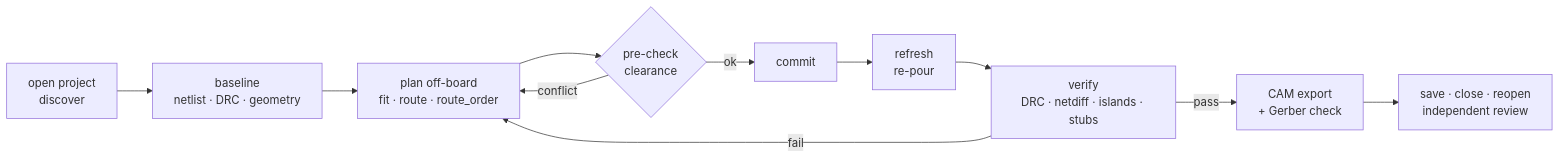
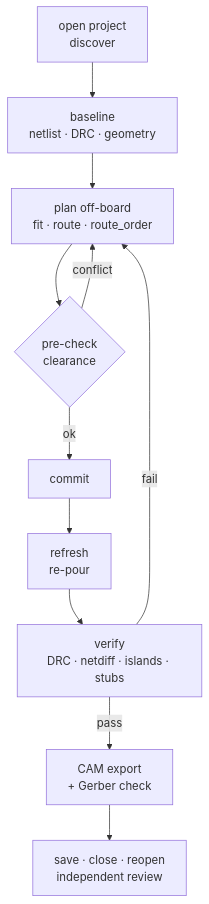
The diagram in README.md (v0id-byte/lceda-pcb-automation), drawn with Mermaid before and after one commit. The commit also changed 1 other file, not shown here.

Commit message:
README: top-down workflow diagram

````diff
--- a/README.md
+++ b/README.md
@@ -56,13 +56,13 @@
 ```mermaid
-flowchart LR
+flowchart TD
     A[open project<br/>discover] --> B[baseline<br/>netlist · DRC · geometry]
     B --> C[plan off-board<br/>fit · route · route_order]
     C --> D{pre-check<br/>clearance}
     D -- conflict --> C
     D -- ok --> E[commit]
     E --> F[refresh<br/>re-pour]
     F --> G[verify<br/>DRC · netdiff · islands · stubs]
     G -- fail --> C
     G -- pass --> H[CAM export<br/>+ Gerber check]
     H --> I[save · close · reopen<br/>independent review]
 ```
````
